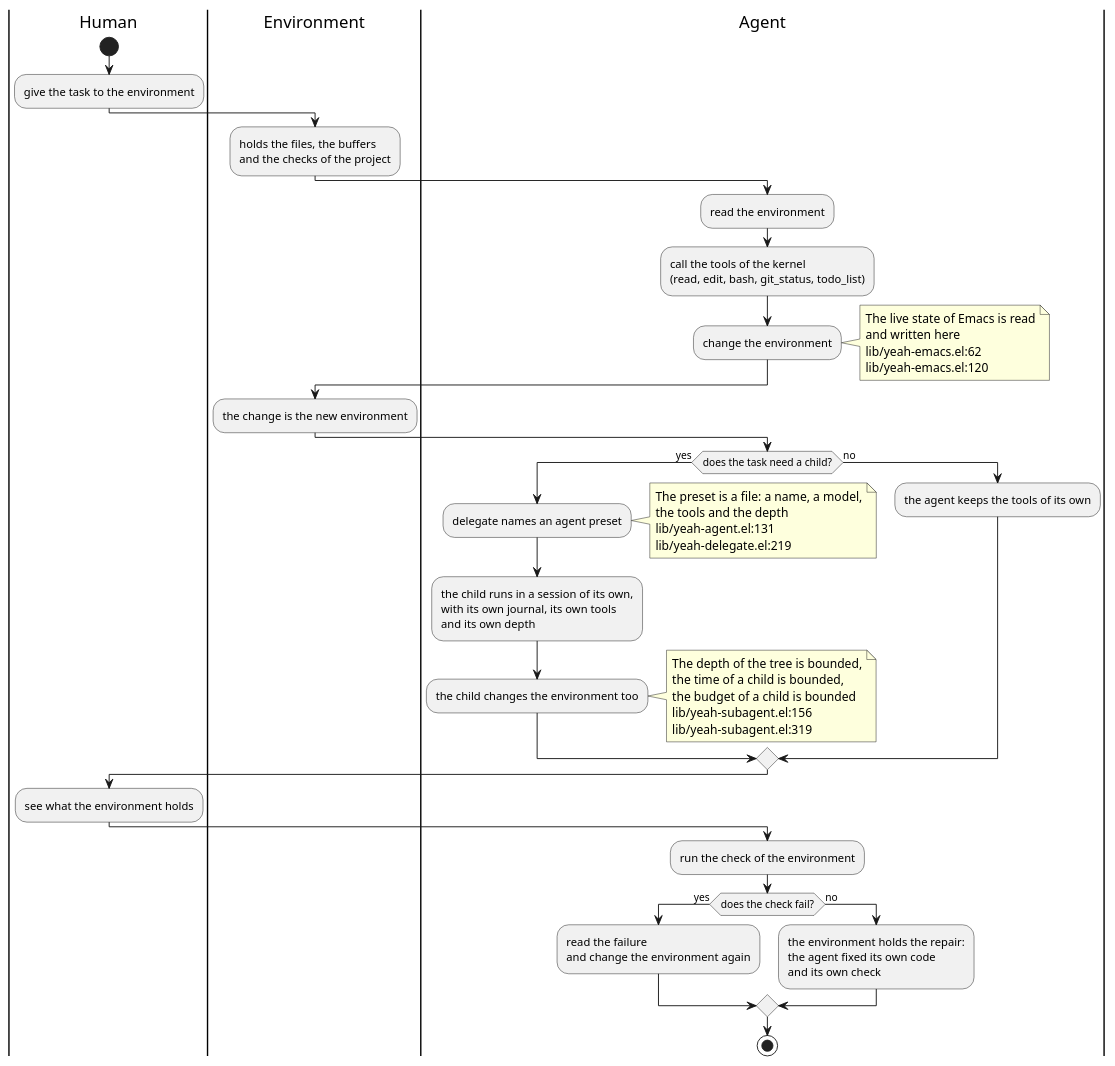
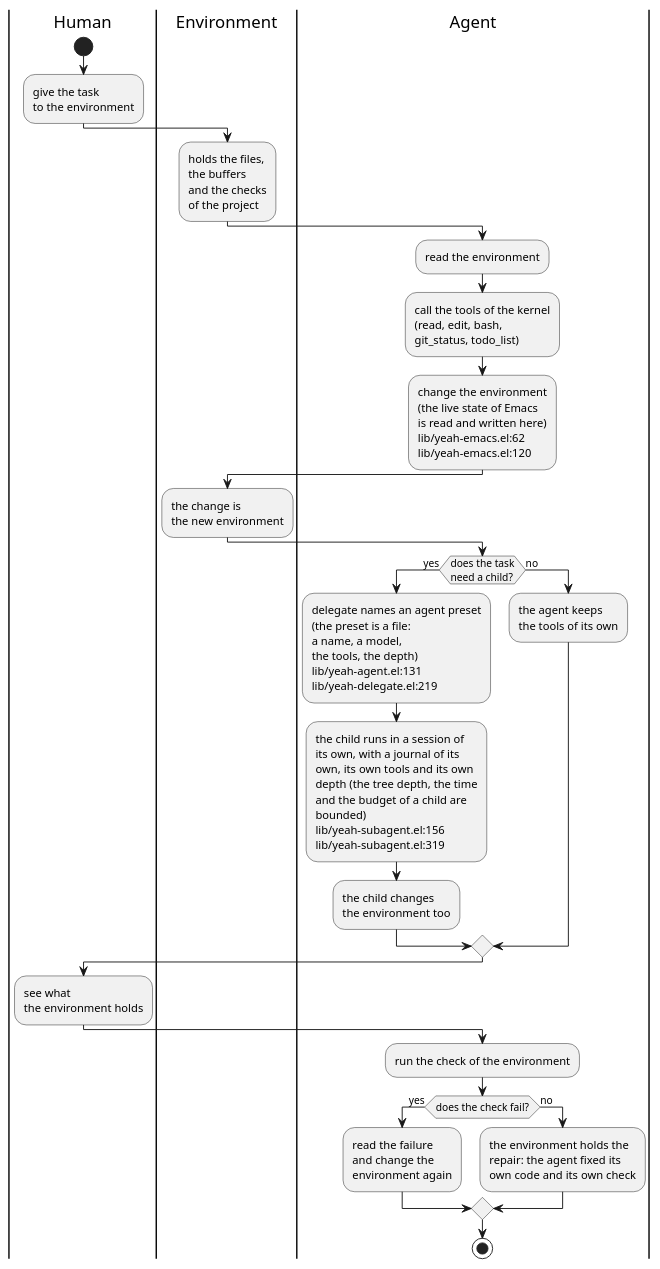
The diagram in site/diagrams/fixed-point.puml (11111000000/yeah), drawn with PlantUML before and after one commit. The commit also changed 31 other files, not shown here.

First line of the commit message:
feat(site): the pictures of the site are readable in the column

```diff
--- a/site/diagrams/fixed-point.puml
+++ b/site/diagrams/fixed-point.puml
@@ -1,71 +1,58 @@
 @startuml fixed-point
 ' The fixed point of the Y.
 '
 ' The Y of the name is the Y-combinator: person -> environment -> agent ->
 ' environment.  This picture gives that sentence a shape, and ties it to the
 ' one thing of the kernel that makes it a loop: the delegation.  A child of a
 ' delegation runs in a session of its own, with a journal of its own, with the
 ' tools of its preset and at a depth of its own.
 '
 ' The limits are on the picture on purpose: the depth of the tree is bounded,
 ' the time of a child is bounded and the budget of a child is bounded.  A
 ' recursion that is not bounded is not a fixed point, it is a fork bomb.
 '
 ' The fixed point is the last step of the picture: the agent changes the code
 ' and the check that hold it, and the check passes afterwards.
+'
+' Every line of the drawing is wrapped at twenty-eight characters or so: the
+' picture must fit the column of the page at the font size the palette names,
+' and a wider picture is scaled down until its words are smaller than the
+' words of the page (the check
+' `check-the-pictures-are-readable-in-the-column.el' measures it).
 
 |Human|
 start
-:give the task to the environment;
+:give the task\nto the environment;
 
 |Environment|
-:holds the files, the buffers\nand the checks of the project;
+:holds the files,\nthe buffers\nand the checks\nof the project;
 
 |Agent|
 :read the environment;
-:call the tools of the kernel\n(read, edit, bash, git_status, todo_list);
-:change the environment;
-note right
-  The live state of Emacs is read
-  and written here
-  lib/yeah-emacs.el:62
-  lib/yeah-emacs.el:120
-end note
+:call the tools of the kernel\n(read, edit, bash,\ngit_status, todo_list);
+:change the environment\n(the live state of Emacs\nis read and written here)\nlib/yeah-emacs.el:62\nlib/yeah-emacs.el:120;
 
 |Environment|
-:the change is the new environment;
+:the change is\nthe new environment;
 
 |Agent|
-if (does the task need a child?) then (yes)
-  :delegate names an agent preset;
-  note right
-    The preset is a file: a name, a model,
-    the tools and the depth
-    lib/yeah-agent.el:131
-    lib/yeah-delegate.el:219
-  end note
-  :the child runs in a session of its own,\nwith its own journal, its own tools\nand its own depth;
-  :the child changes the environment too;
-  note right
-    The depth of the tree is bounded,
-    the time of a child is bounded,
-    the budget of a child is bounded
-    lib/yeah-subagent.el:156
-    lib/yeah-subagent.el:319
-  end note
+if (does the task\nneed a child?) then (yes)
+  :delegate names an agent preset\n(the preset is a file:\na name, a model,\nthe tools, the depth)\nlib/yeah-agent.el:131\nlib/yeah-delegate.el:219;
+  :the child runs in a session of\nits own, with a journal of its\nown, its own tools and its own\ndepth (the tree depth, the time\nand the budget of a child are\nbounded)\nlib/yeah-subagent.el:156\nlib/yeah-subagent.el:319;
+  :the child changes\nthe environment too;
 else (no)
-  :the agent keeps the tools of its own;
+  :the agent keeps\nthe tools of its own;
 endif
 
 |Human|
-:see what the environment holds;
+:see what\nthe environment holds;
 
 |Agent|
 :run the check of the environment;
 if (does the check fail?) then (yes)
-  :read the failure\nand change the environment again;
+  :read the failure\nand change the\nenvironment again;
 else (no)
-  :the environment holds the repair:\nthe agent fixed its own code\nand its own check;
+  :the environment holds the\nrepair: the agent fixed its\nown code and its own check;
 endif
 stop
 @enduml
```
